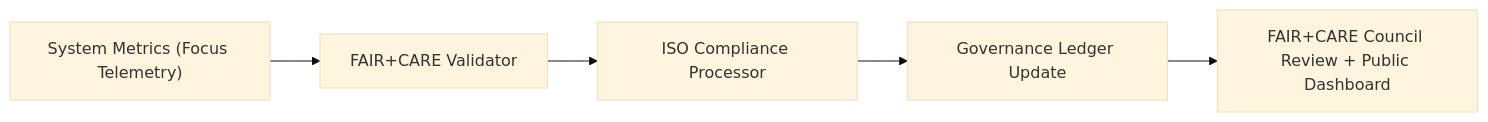
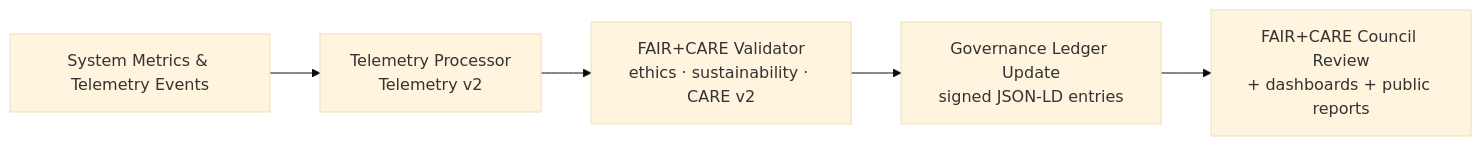
One commit to bartytime4life/Kansas-Frontier-Matrix changed the second of 2 diagrams in docs/guides/telemetry/README.md. Above: the diagram before and after it, drawn with Mermaid (base theme). The commit also changed other lines of this file, not shown here.

````diff
--- a/docs/guides/telemetry/README.md
+++ b/docs/guides/telemetry/README.md
@@ -184,7 +231,7 @@
 ```mermaid
 flowchart LR
-A["System Metrics (Focus Telemetry)"] --> B["FAIR+CARE Validator"]
-B --> C["ISO Compliance Processor"]
-C --> D["Governance Ledger Update"]
-D --> E["FAIR+CARE Council Review + Public Dashboard"]
+A["System Metrics & Telemetry Events"] --> B["Telemetry Processor<br/>Telemetry v2"]
+B --> C["FAIR+CARE Validator<br/>ethics · sustainability · CARE v2"]
+C --> D["Governance Ledger Update<br/>signed JSON-LD entries"]
+D --> E["FAIR+CARE Council Review<br/>+ dashboards + public reports"]
 ```
````
